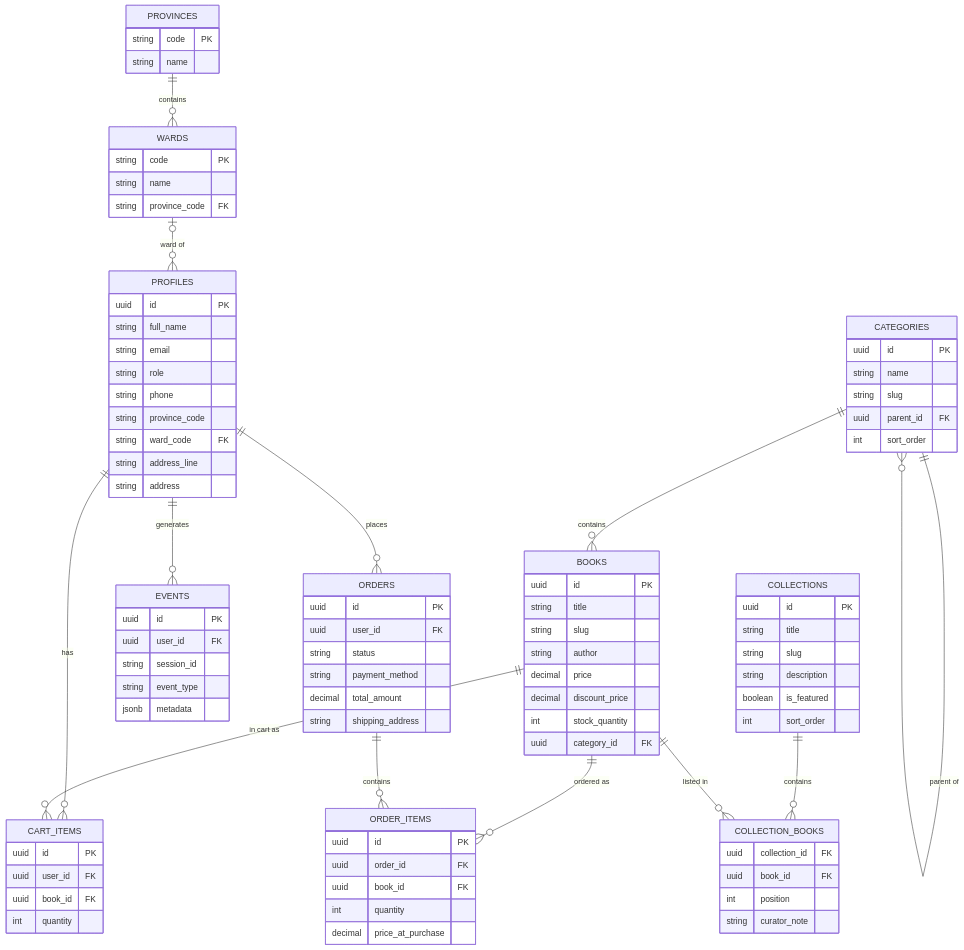
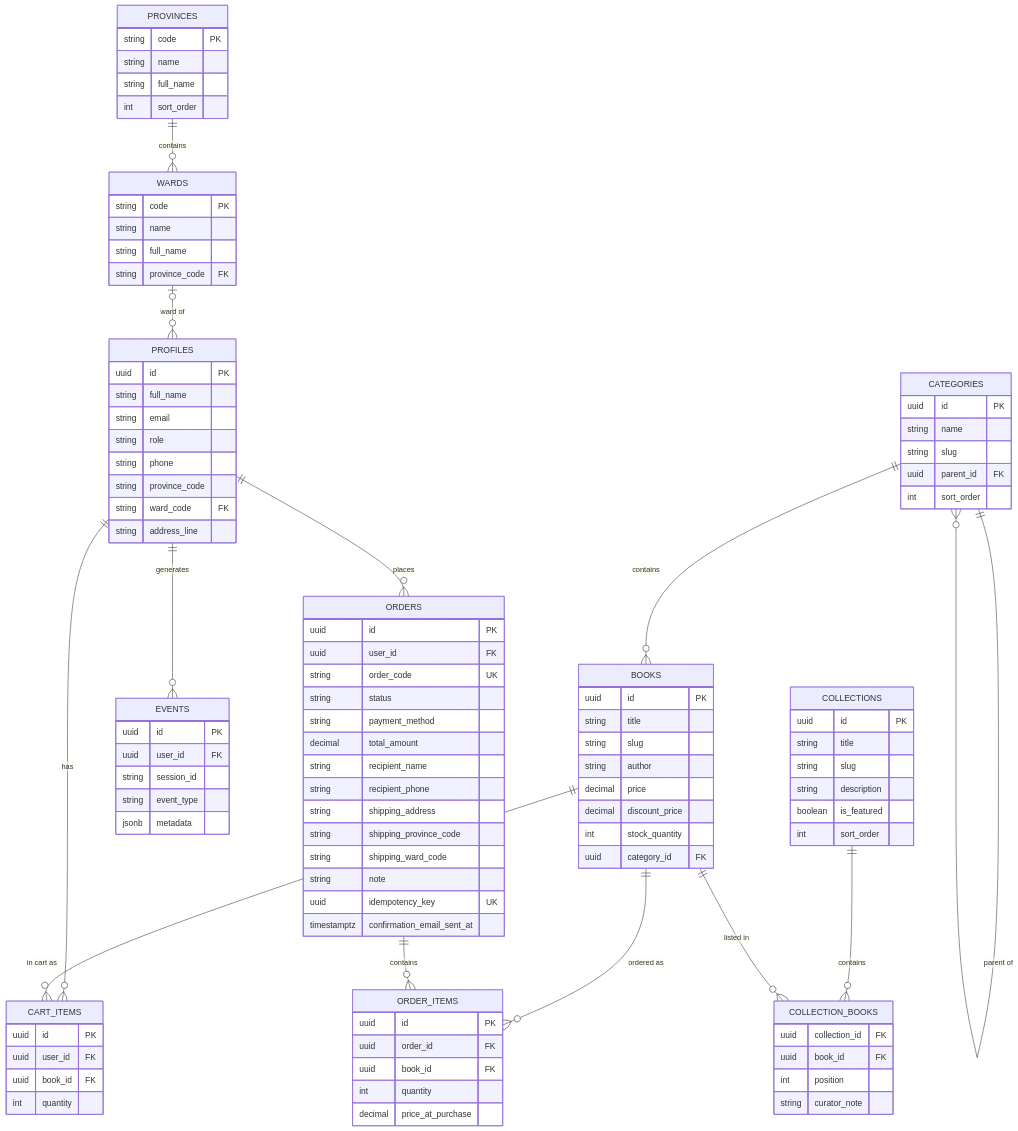
Before and after one commit to ducle20052205/book-store-website: the first of 3 diagrams in docs/SRS.md, drawn with Mermaid. The commit also changed other lines of this file, not shown here.

```diff
--- a/docs/SRS.md
+++ b/docs/SRS.md
@@ -72,15 +72,17 @@
         string province_code
         string ward_code FK
         string address_line
-        string address
     }
     PROVINCES {
         string code PK
         string name
+        string full_name
+        int sort_order
     }
     WARDS {
         string code PK
         string name
+        string full_name
         string province_code FK
     }
     CATEGORIES {
@@ -109,10 +111,18 @@
     ORDERS {
         uuid id PK
         uuid user_id FK
+        string order_code UK
         string status
         string payment_method
         decimal total_amount
+        string recipient_name
+        string recipient_phone
         string shipping_address
+        string shipping_province_code
+        string shipping_ward_code
+        string note
+        uuid idempotency_key UK
+        timestamptz confirmation_email_sent_at
     }
     ORDER_ITEMS {
         uuid id PK
```
